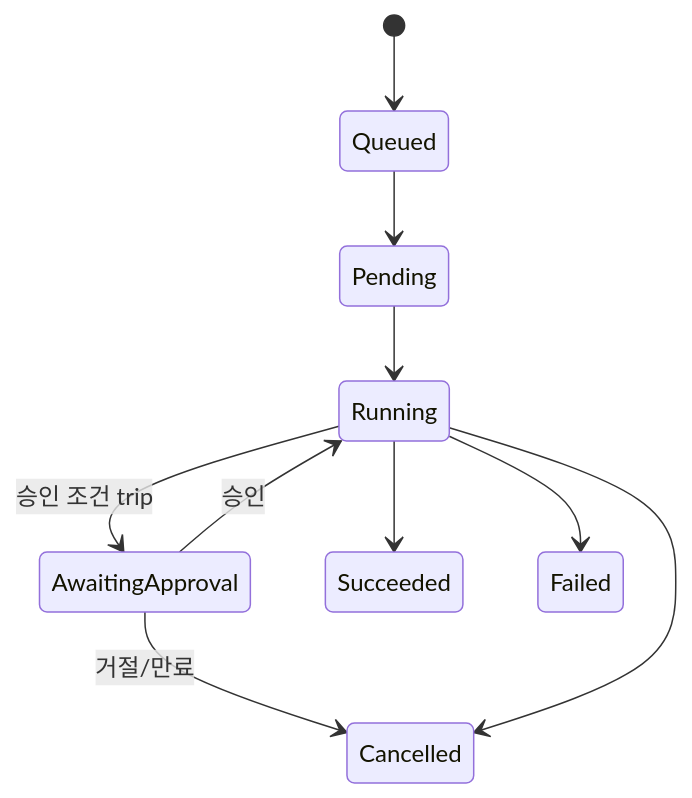
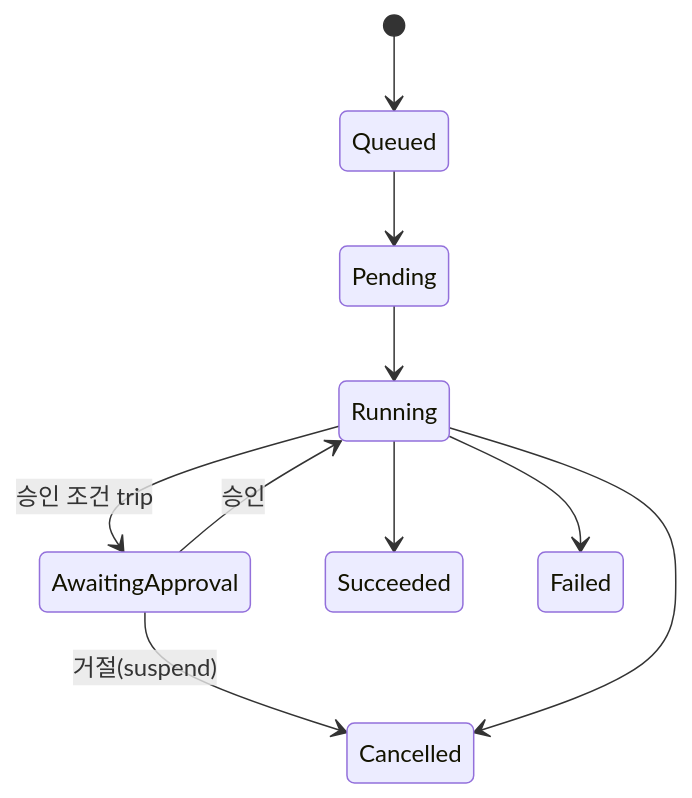
The second of 2 diagrams in muninnDocs/content/concepts/crds.mdx (KimSoungRyoul/muninn), drawn with Mermaid before and after one commit. The commit also changed other lines of this file and 10 other files, not shown here.

````diff
--- a/muninnDocs/content/concepts/crds.mdx
+++ b/muninnDocs/content/concepts/crds.mdx
@@ -107,12 +107,12 @@
 ```mermaid
 stateDiagram-v2
     [*] --> Queued
     Queued --> Pending
     Pending --> Running
     Running --> AwaitingApproval: 승인 조건 trip
     AwaitingApproval --> Running: 승인
-    AwaitingApproval --> Cancelled: 거절/만료
+    AwaitingApproval --> Cancelled: 거절(suspend)
     Running --> Succeeded
     Running --> Failed
     Running --> Cancelled
 ```
````
